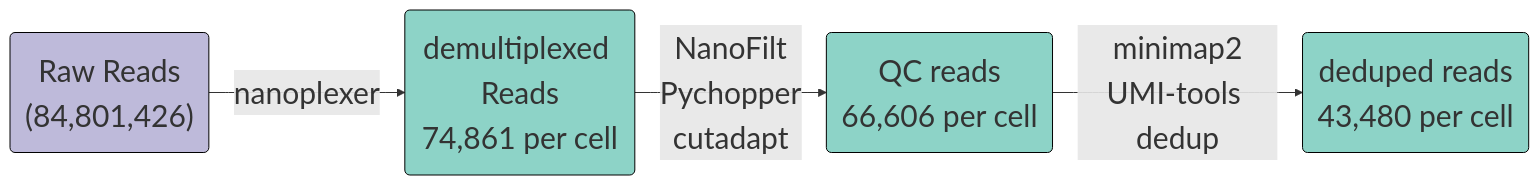
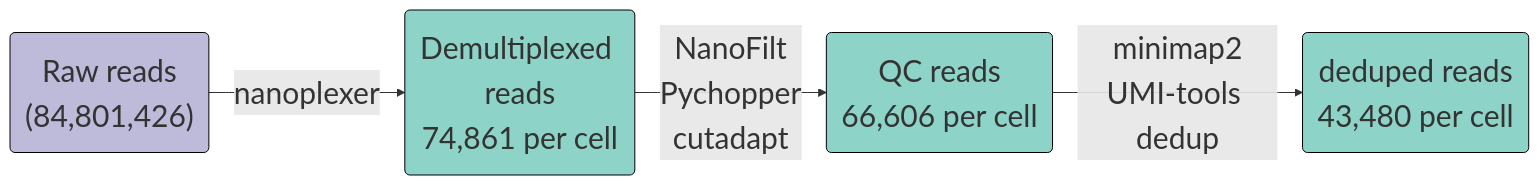
One commit to liuzhenyu-yyy/SCAN-seq2 changed the first of 3 diagrams in README.md. Above: the diagram before and after it, drawn with Mermaid.

Commit message:
alter flow chart

````diff
--- a/README.md
+++ b/README.md
@@ -9,9 +9,9 @@
 ```mermaid
 %%{init: {"theme": "default", 'themeVariables': { "fontSize": "30px","fontFamily": "Arial"}}}%%
 graph LR
-raw("Raw Reads</br>(84,801,426)"):::merge --nanoplexer--> demult("demultiplexed Reads</br>74,861 per cell"):::sc --NanoFilt<br/>Pychopper<br/>cutadapt--> QC(QC reads</br>66,606 per cell):::sc --minimap2<br/>UMI-tools dedup--> 
+raw("Raw reads</br>(84,801,426)"):::merge --nanoplexer--> demult("Demultiplexed reads</br>74,861 per cell"):::sc --NanoFilt<br/>Pychopper<br/>cutadapt--> QC(QC reads</br>66,606 per cell):::sc --minimap2<br/>UMI-tools dedup--> 
 dedup(deduped reads</br>43,480 per cell):::sc
 
 classDef merge fill:#bebada,stroke:#000000;
 classDef sc fill:#8dd3c7,stroke:#000000;
 ```
````
